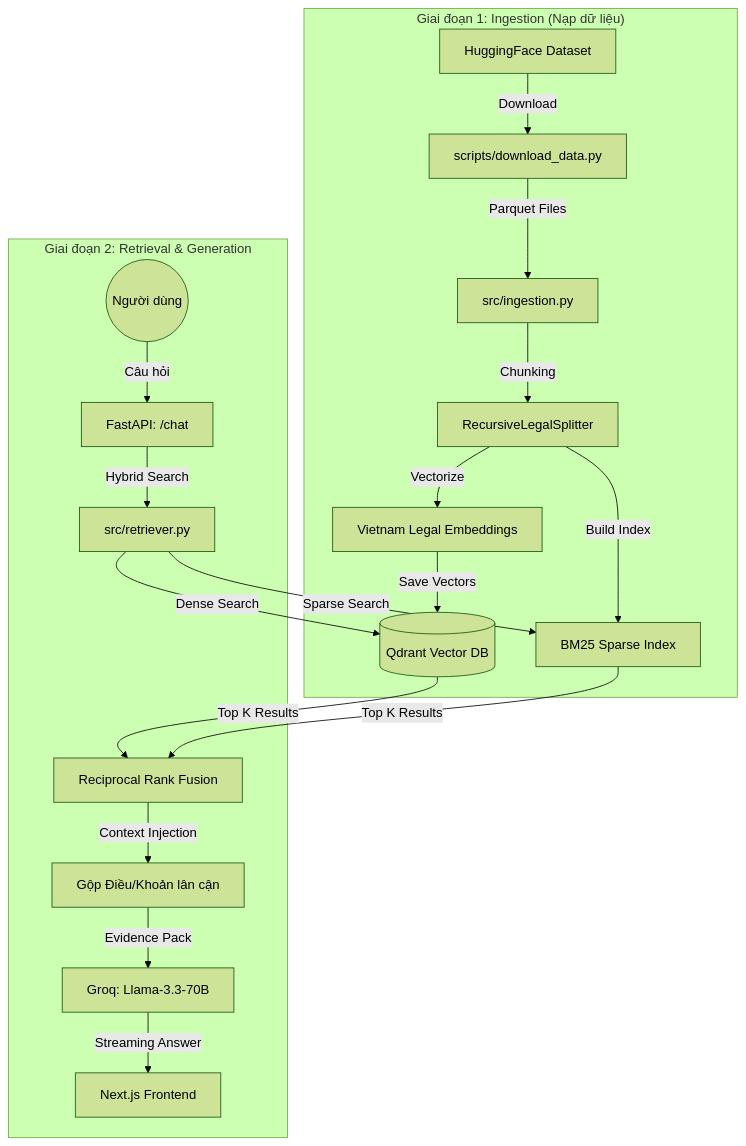
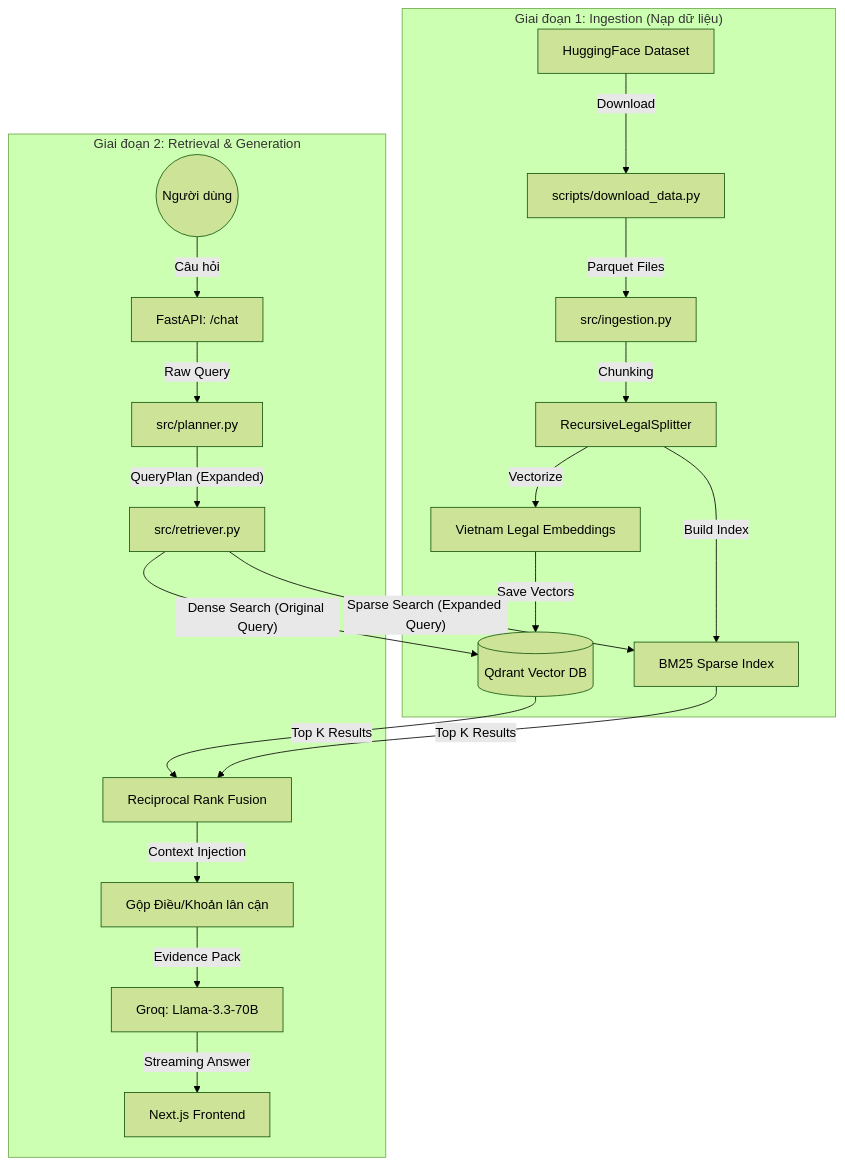
Before and after one commit to cuong111103hd/legal_ai_assistant: the diagram in docs/ARCHITECTURE.md, drawn with Mermaid (forest theme). The commit also changed other lines of this file and 7 other files, not shown here.

````diff
--- a/docs/ARCHITECTURE.md
+++ b/docs/ARCHITECTURE.md
@@ -13,22 +13,23 @@
 ```mermaid
 graph TD
     subgraph "Giai đoạn 1: Ingestion (Nạp dữ liệu)"
         HF[HuggingFace Dataset] --> |Download| Local[scripts/download_data.py]
         Local --> |Parquet Files| Ingest[src/ingestion.py]
         Ingest --> |Chunking| Splitter[RecursiveLegalSplitter]
         Splitter --> |Vectorize| Embed[Vietnam Legal Embeddings]
         Embed --> |Save Vectors| Qdrant[(Qdrant Vector DB)]
         Splitter --> |Build Index| BM25[BM25 Sparse Index]
     end
 
     subgraph "Giai đoạn 2: Retrieval & Generation"
         User((Người dùng)) --> |Câu hỏi| API[FastAPI: /chat]
-        API --> |Hybrid Search| Retriever[src/retriever.py]
-        Retriever --> |Dense Search| Qdrant
-        Retriever --> |Sparse Search| BM25
+        API --> |Raw Query| Planner[src/planner.py]
+        Planner --> |"QueryPlan (Expanded)"| Retriever[src/retriever.py]
+        Retriever --> |"Dense Search (Original Query)"| Qdrant
+        Retriever --> |"Sparse Search (Expanded Query)"| BM25
         Qdrant & BM25 --> |Top K Results| RRF[Reciprocal Rank Fusion]
         RRF --> |Context Injection| Context[Gộp Điều/Khoản lân cận]
         Context --> |Evidence Pack| LLM[Groq: Llama-3.3-70B]
         LLM --> |Streaming Answer| UI[Next.js Frontend]
     end
 ```
````
